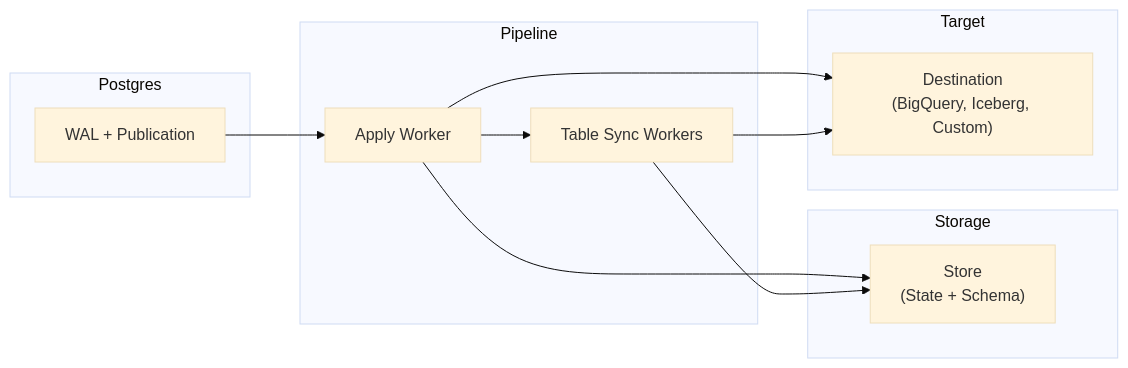
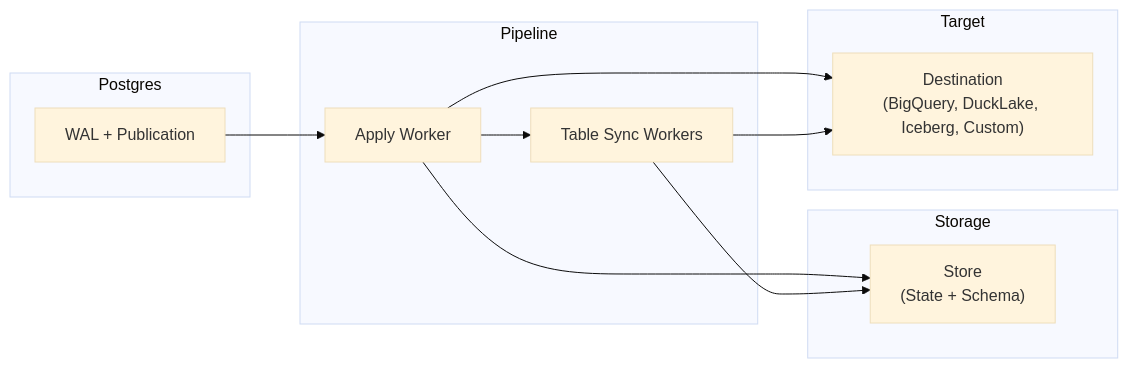
One commit to supabase/etl changed the diagram in docs/explanation/architecture.md. Above: the diagram before and after it, drawn with Mermaid (base theme). The commit also changed other lines of this file and 12 other files, not shown here.

````diff
--- a/docs/explanation/architecture.md
+++ b/docs/explanation/architecture.md
@@ -9,26 +9,26 @@
 ```mermaid
 flowchart LR
     subgraph Postgres
         WAL["WAL + Publication"]
     end
 
     subgraph Pipeline
         Apply["Apply Worker"]
         Sync["Table Sync Workers"]
     end
 
     subgraph Storage
         Store["Store<br>(State + Schema)"]
     end
 
     subgraph Target
-        Dest["Destination<br>(BigQuery, Iceberg, Custom)"]
+        Dest["Destination<br>(BigQuery, DuckLake, Iceberg, Custom)"]
     end
 
     WAL --> Apply
     Apply --> Sync
     Apply --> Dest
     Sync --> Dest
     Apply --> Store
     Sync --> Store
 ```
````
